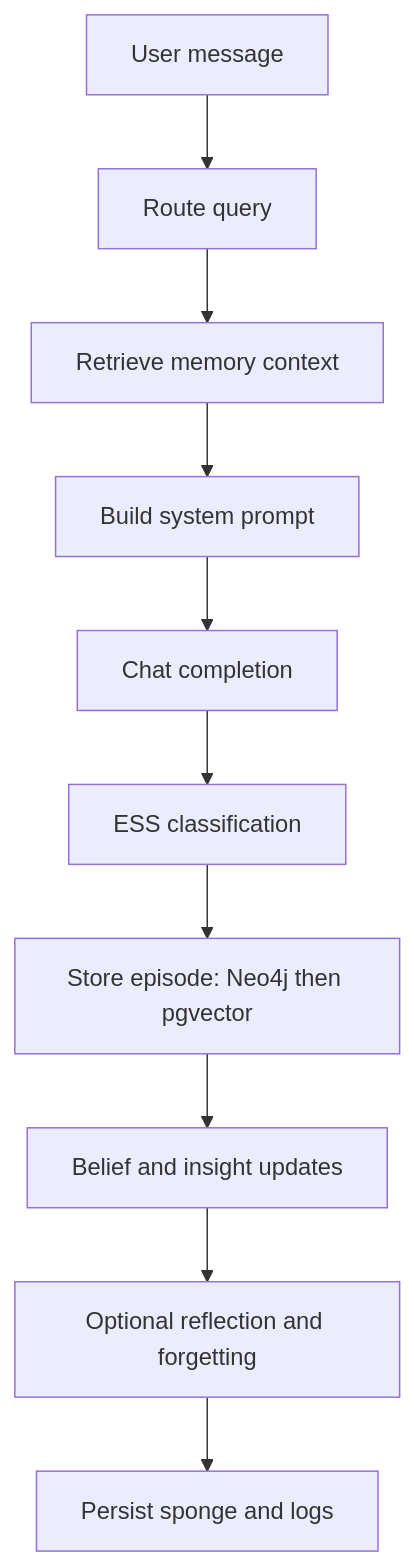
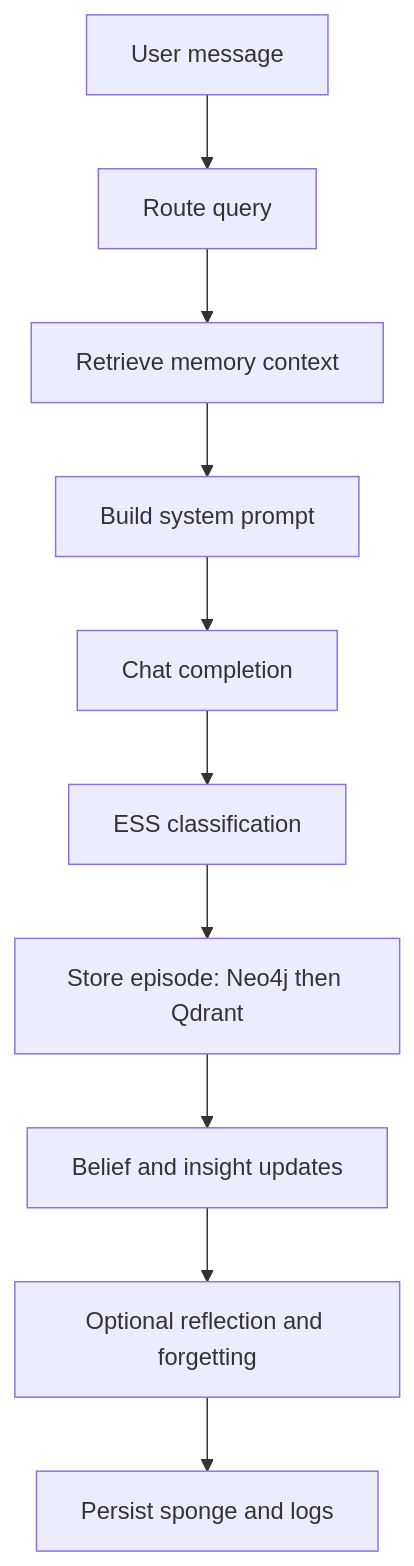
One commit to Okm165/Sonality changed the diagram in docs/architecture/data-flow.md. Above: the diagram before and after it, drawn with Mermaid. The commit also changed other lines of this file and 70 other files, not shown here.

````diff
--- a/docs/architecture/data-flow.md
+++ b/docs/architecture/data-flow.md
@@ -5,12 +5,12 @@
 ```mermaid
 flowchart TD
     U[User message] --> R[Route query]
     R --> M[Retrieve memory context]
     M --> P[Build system prompt]
     P --> C[Chat completion]
     C --> E[ESS classification]
-    E --> S[Store episode: Neo4j then pgvector]
+    E --> S[Store episode: Neo4j then Qdrant]
     S --> B[Belief and insight updates]
     B --> F[Optional reflection and forgetting]
     F --> D[Persist sponge and logs]
 ```
````
